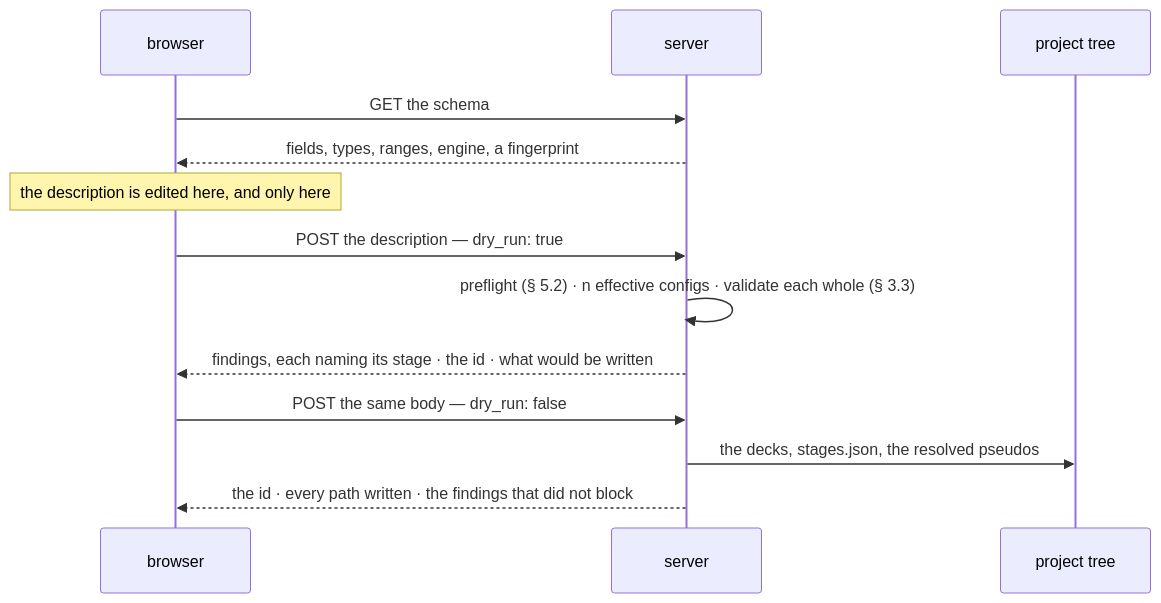
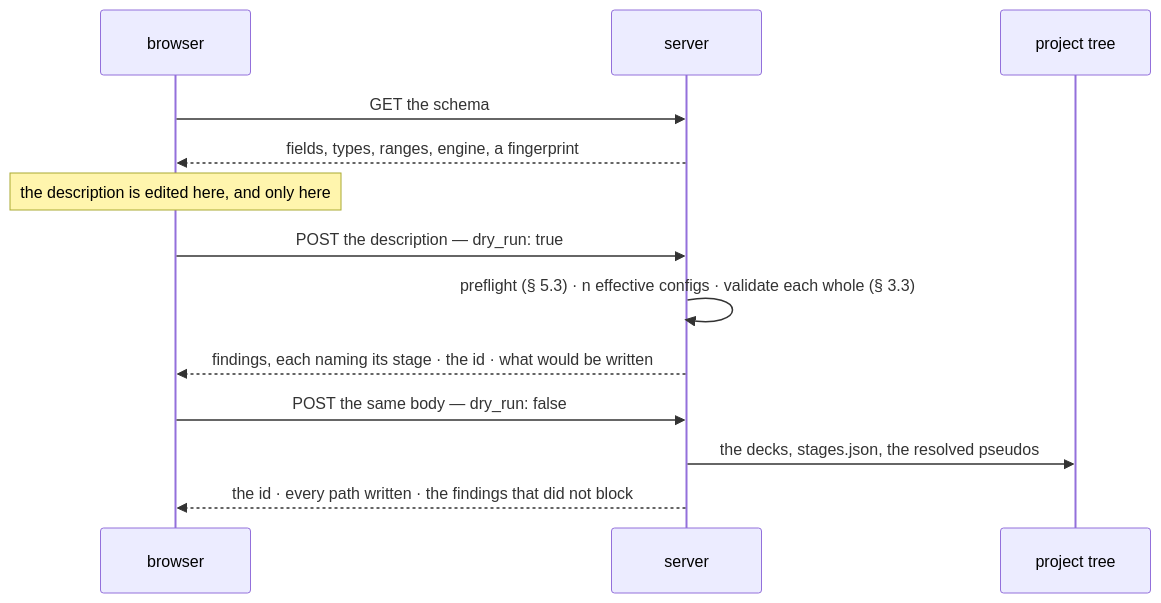
The sixth of 6 diagrams in docs/web/staged-runs-architecture.md (Qing-LAB/molbuilder), drawn with Mermaid before and after one commit. The commit also changed other lines of this file and 1 other file, not shown here.

````diff
--- a/docs/web/staged-runs-architecture.md
+++ b/docs/web/staged-runs-architecture.md
@@ -722,18 +775,18 @@
 ```mermaid
 sequenceDiagram
     participant B as browser
     participant S as server
     participant T as project tree
 
     B->>S: GET the schema
     S-->>B: fields, types, ranges, engine, a fingerprint
     Note over B: the description is edited here, and only here
 
     B->>S: POST the description — dry_run: true
-    S->>S: preflight (§ 5.2) · n effective configs · validate each whole (§ 3.3)
+    S->>S: preflight (§ 5.3) · n effective configs · validate each whole (§ 3.3)
     S-->>B: findings, each naming its stage · the id · what would be written
 
     B->>S: POST the same body — dry_run: false
     S->>T: the decks, stages.json, the resolved pseudos
     S-->>B: the id · every path written · the findings that did not block
 ```
````
